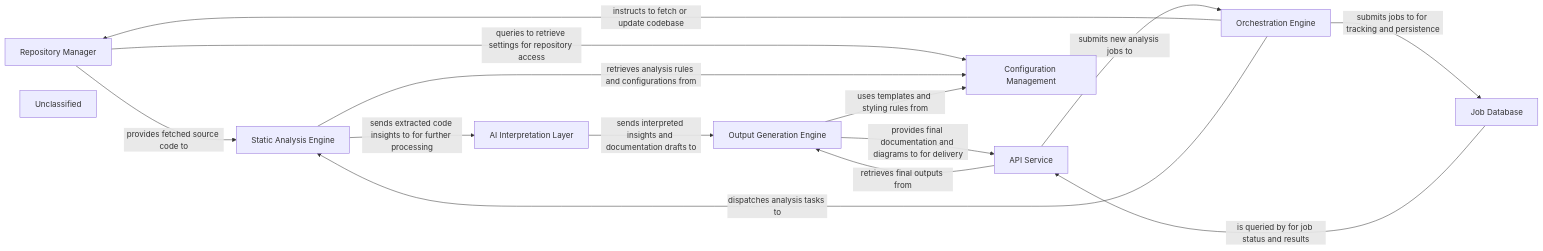
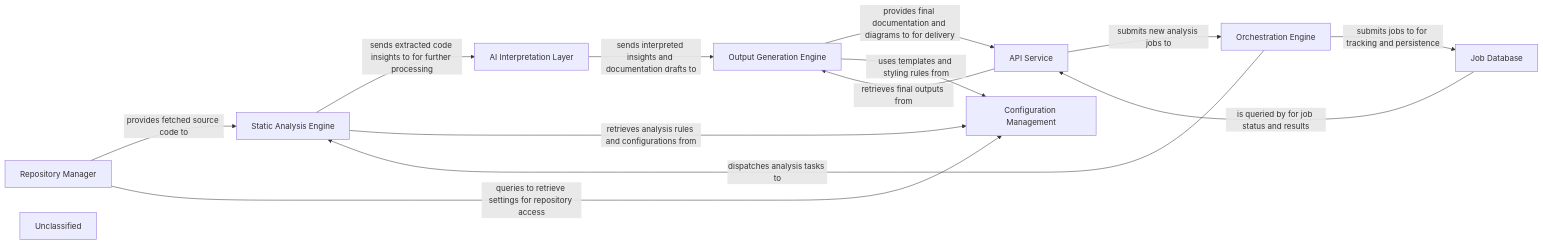
One commit to mariyam866/CodeBoarding changed the diagram in .codeboarding/Repository_Manager.md. Above: the diagram before and after it, drawn with Mermaid. The commit also changed other lines of this file and 13 other files, not shown here.

First line of the commit message:
docs: update codeboarding documentation and generate architecture

````diff
--- a/.codeboarding/Repository_Manager.md
+++ b/.codeboarding/Repository_Manager.md
@@ -1,31 +1,30 @@
 ```mermaid
 graph LR
     Repository_Manager["Repository Manager"]
     Orchestration_Engine["Orchestration Engine"]
     Static_Analysis_Engine["Static Analysis Engine"]
     AI_Interpretation_Layer["AI Interpretation Layer"]
     Output_Generation_Engine["Output Generation Engine"]
     API_Service["API Service"]
     Job_Database["Job Database"]
     Configuration_Management["Configuration Management"]
     Unclassified["Unclassified"]
     Repository_Manager -- "provides fetched source code to" --> Static_Analysis_Engine
     Repository_Manager -- "queries to retrieve settings for repository access" --> Configuration_Management
-    Orchestration_Engine -- "instructs to fetch or update codebase" --> Repository_Manager
     Orchestration_Engine -- "dispatches analysis tasks to" --> Static_Analysis_Engine
     Orchestration_Engine -- "submits jobs to for tracking and persistence" --> Job_Database
     Static_Analysis_Engine -- "sends extracted code insights to for further processing" --> AI_Interpretation_Layer
     Static_Analysis_Engine -- "retrieves analysis rules and configurations from" --> Configuration_Management
     AI_Interpretation_Layer -- "sends interpreted insights and documentation drafts to" --> Output_Generation_Engine
     Output_Generation_Engine -- "provides final documentation and diagrams to for delivery" --> API_Service
     Output_Generation_Engine -- "uses templates and styling rules from" --> Configuration_Management
     API_Service -- "submits new analysis jobs to" --> Orchestration_Engine
     API_Service -- "retrieves final outputs from" --> Output_Generation_Engine
     Job_Database -- "is queried by for job status and results" --> API_Service
     click Repository_Manager href "https://github.com/CodeBoarding/CodeBoarding/blob/main/.codeboarding/Repository_Manager.md" "Details"
     click Orchestration_Engine href "https://github.com/CodeBoarding/CodeBoarding/blob/main/.codeboarding/Orchestration_Engine.md" "Details"
     click Static_Analysis_Engine href "https://github.com/CodeBoarding/CodeBoarding/blob/main/.codeboarding/Static_Analysis_Engine.md" "Details"
     click AI_Interpretation_Layer href "https://github.com/CodeBoarding/CodeBoarding/blob/main/.codeboarding/AI_Interpretation_Layer.md" "Details"
     click Output_Generation_Engine href "https://github.com/CodeBoarding/CodeBoarding/blob/main/.codeboarding/Output_Generation_Engine.md" "Details"
     click API_Service href "https://github.com/CodeBoarding/CodeBoarding/blob/main/.codeboarding/API_Service.md" "Details"
 ```
````
